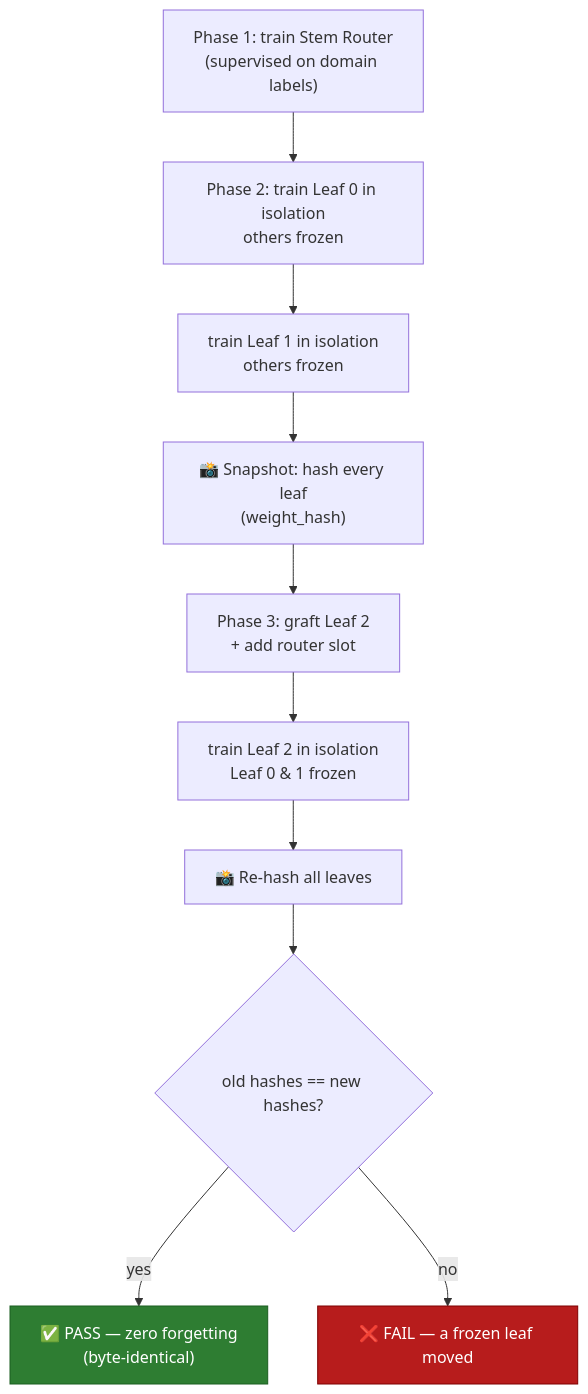
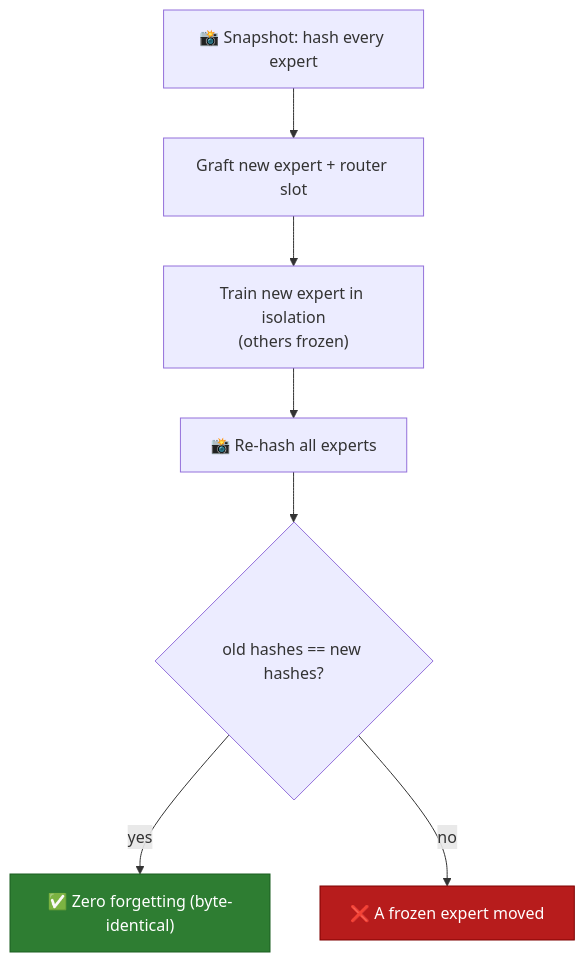
One commit to DDMX2022/das-framework changed the second of 2 diagrams in README.md. Above: the diagram before and after it, drawn with Mermaid. The commit also changed other lines of this file and 1 other file, not shown here.

````diff
--- a/README.md
+++ b/README.md
@@ -239,17 +179,13 @@
 ```mermaid
 flowchart TD
-    A["Phase 1: train Stem Router<br/>(supervised on domain labels)"] --> B["Phase 2: train Leaf 0 in isolation<br/>others frozen"]
-    B --> C["train Leaf 1 in isolation<br/>others frozen"]
-    C --> D["📸 Snapshot: hash every leaf<br/>(weight_hash)"]
-    D --> E["Phase 3: graft Leaf 2<br/>+ add router slot"]
-    E --> F["train Leaf 2 in isolation<br/>Leaf 0 &amp; 1 frozen"]
-    F --> G["📸 Re-hash all leaves"]
+    D["📸 Snapshot: hash every expert"] --> E["Graft new expert + router slot"]
+    E --> F["Train new expert in isolation<br/>(others frozen)"]
+    F --> G["📸 Re-hash all experts"]
     G --> H{"old hashes == new hashes?"}
-    H -- yes --> P["✅ PASS — zero forgetting<br/>(byte-identical)"]
-    H -- no --> Q["❌ FAIL — a frozen leaf moved"]
-
+    H -- yes --> P["✅ Zero forgetting (byte-identical)"]
+    H -- no --> Q["❌ A frozen expert moved"]
     classDef pass fill:#2e7d32,stroke:#1b5e20,color:#fff;
     classDef fail fill:#b71c1c,stroke:#7f0000,color:#fff;
     class P pass;
     class Q fail;
 ```
````
